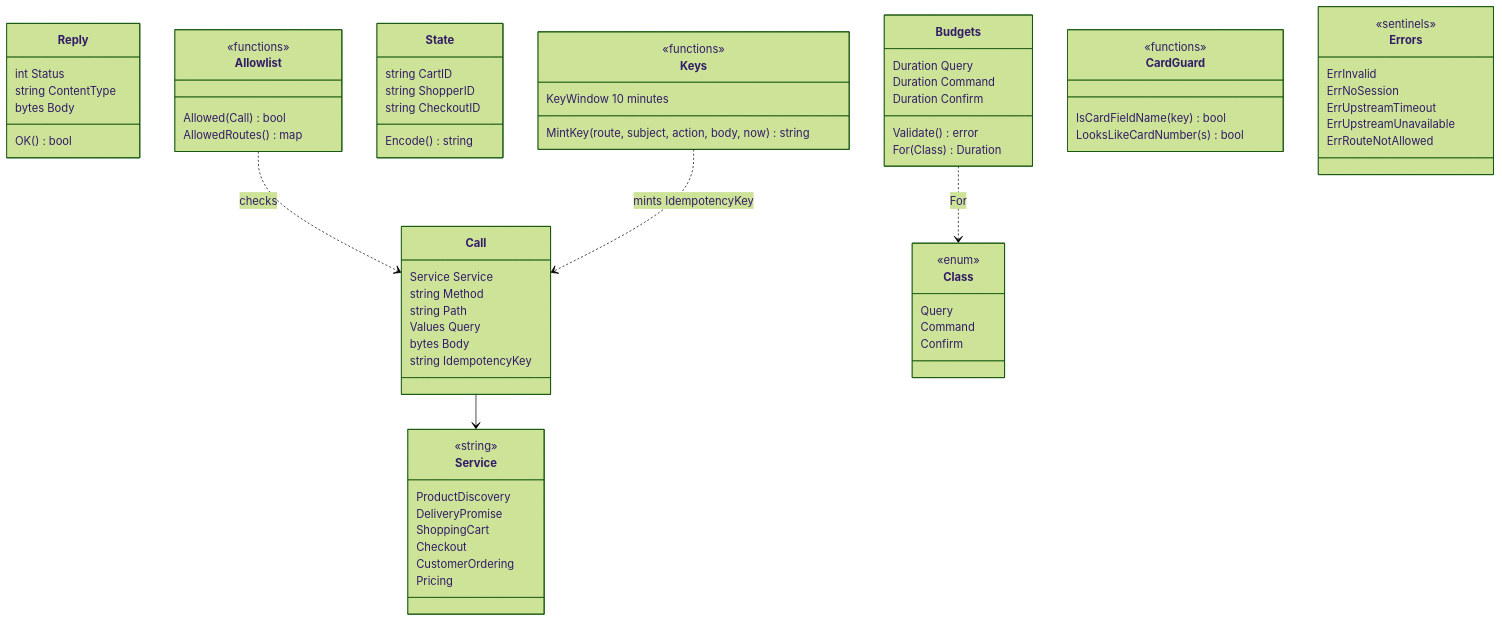
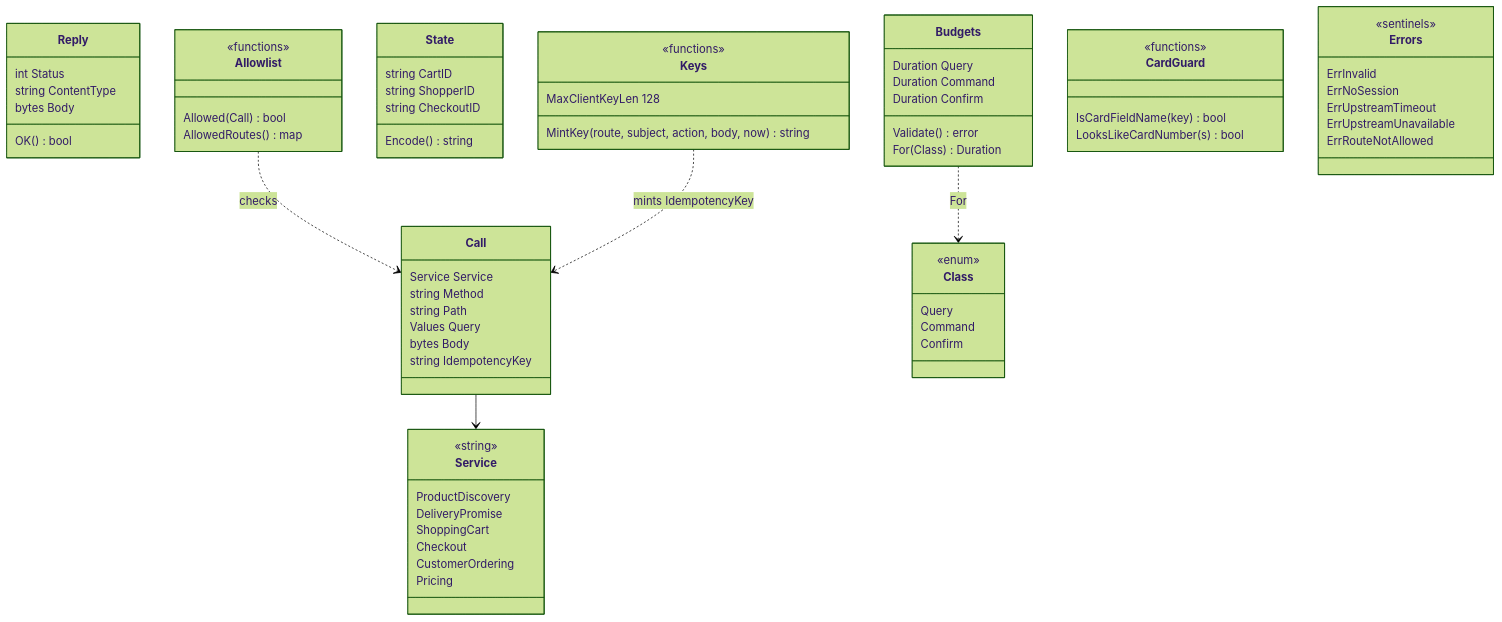
Before and after one commit to IQVO/storefront-bff: the first of 2 diagrams in docs/docs/ddd/class-diagram.md, drawn with Mermaid (forest theme). The commit also changed 17 other files, not shown here.

````diff
--- a/docs/docs/ddd/class-diagram.md
+++ b/docs/docs/ddd/class-diagram.md
@@ -17,72 +17,72 @@
 ```mermaid
 classDiagram
     class Service {
         <<string>>
         ProductDiscovery
         DeliveryPromise
         ShoppingCart
         Checkout
         CustomerOrdering
         Pricing
     }
     class Call {
         Service Service
         string Method
         string Path
         Values Query
         bytes Body
         string IdempotencyKey
     }
     class Reply {
         int Status
         string ContentType
         bytes Body
         OK() bool
     }
     class Budgets {
         Duration Query
         Duration Command
         Duration Confirm
         Validate() error
         For(Class) Duration
     }
     class Class {
         <<enum>>
         Query
         Command
         Confirm
     }
     class State {
         string CartID
         string ShopperID
         string CheckoutID
         Encode() string
     }
     class Allowlist {
         <<functions>>
         Allowed(Call) bool
         AllowedRoutes() map
     }
     class Keys {
         <<functions>>
         MintKey(route, subject, action, body, now) string
-        KeyWindow 10 minutes
+        MaxClientKeyLen 128
     }
     class CardGuard {
         <<functions>>
         IsCardFieldName(key) bool
         LooksLikeCardNumber(s) bool
     }
     class Errors {
         <<sentinels>>
         ErrInvalid
         ErrNoSession
         ErrUpstreamTimeout
         ErrUpstreamUnavailable
         ErrRouteNotAllowed
     }
     Call --> Service
     Budgets ..> Class : For
     Allowlist ..> Call : checks
     Keys ..> Call : mints IdempotencyKey
 ```
````
